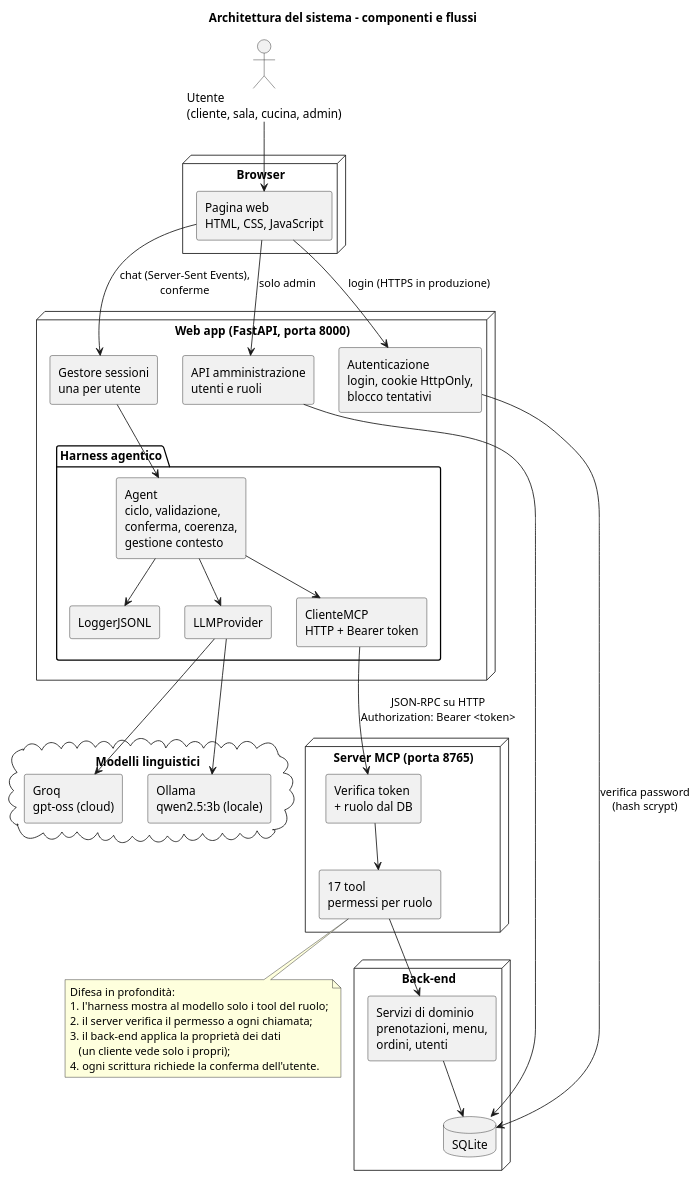
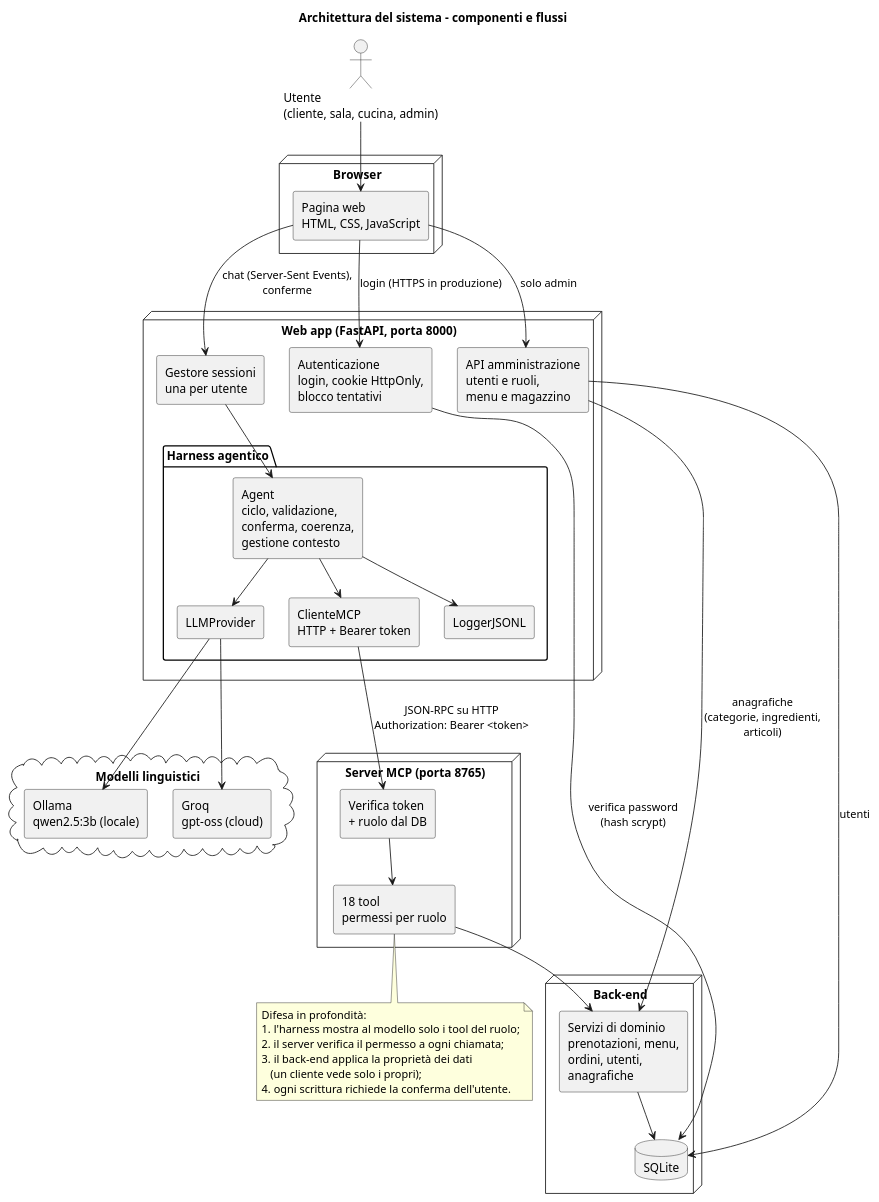
One commit to Gabrymarg/Gabrymarg-AI-MCP changed the diagram in docs/diagrammi/architettura.puml. Above: the diagram before and after it, drawn with PlantUML. The commit also changed 17 other files, not shown here.

First line of the commit message:
Tool giacenze_ingredienti e gestione di articoli, ingredienti e categorie

```diff
--- a/docs/diagrammi/architettura.puml
+++ b/docs/diagrammi/architettura.puml
@@ -1,66 +1,67 @@
 @startuml architettura
 title Architettura del sistema - componenti e flussi
 skinparam shadowing false
 skinparam componentStyle rectangle
 skinparam nodesep 30
 skinparam ranksep 45
 
 actor "Utente\n(cliente, sala, cucina, admin)" as U
 
 node "Browser" {
   [Pagina web\nHTML, CSS, JavaScript] as FE
 }
 
 node "Web app (FastAPI, porta 8000)" {
   [Autenticazione\nlogin, cookie HttpOnly,\nblocco tentativi] as AUTH
   [Gestore sessioni\nuna per utente] as SES
-  [API amministrazione\nutenti e ruoli] as ADM
+  [API amministrazione\nutenti e ruoli,\nmenu e magazzino] as ADM
   package "Harness agentico" {
     [Agent\nciclo, validazione,\nconferma, coerenza,\ngestione contesto] as AG
     [LLMProvider] as PROV
     [ClienteMCP\nHTTP + Bearer token] as CLI
     [LoggerJSONL] as LOG
   }
 }
 
 node "Server MCP (porta 8765)" {
   [Verifica token\n+ ruolo dal DB] as VER
-  [17 tool\npermessi per ruolo] as TOOLS
+  [18 tool\npermessi per ruolo] as TOOLS
 }
 
 node "Back-end" {
-  [Servizi di dominio\nprenotazioni, menu,\nordini, utenti] as SRV
+  [Servizi di dominio\nprenotazioni, menu,\nordini, utenti,\nanagrafiche] as SRV
   database "SQLite" as DB
 }
 
 cloud "Modelli linguistici" {
   [Ollama\nqwen2.5:3b (locale)] as OLL
   [Groq\ngpt-oss (cloud)] as GROQ
 }
 
 U --> FE
 FE --> AUTH : login (HTTPS in produzione)
 FE --> SES : chat (Server-Sent Events),\nconferme
 FE --> ADM : solo admin
 SES --> AG
 AG --> PROV
 PROV --> OLL
 PROV --> GROQ
 AG --> CLI
 AG --> LOG
 CLI --> VER : JSON-RPC su HTTP\nAuthorization: Bearer <token>
 VER --> TOOLS
 TOOLS --> SRV
 SRV --> DB
 AUTH --> DB : verifica password\n(hash scrypt)
-ADM --> DB
+ADM --> SRV : anagrafiche\n(categorie, ingredienti,\narticoli)
+ADM --> DB : utenti
 
 note bottom of TOOLS
   Difesa in profondità:
   1. l'harness mostra al modello solo i tool del ruolo;
   2. il server verifica il permesso a ogni chiamata;
   3. il back-end applica la proprietà dei dati
      (un cliente vede solo i propri);
   4. ogni scrittura richiede la conferma dell'utente.
 end note
 @enduml
```
